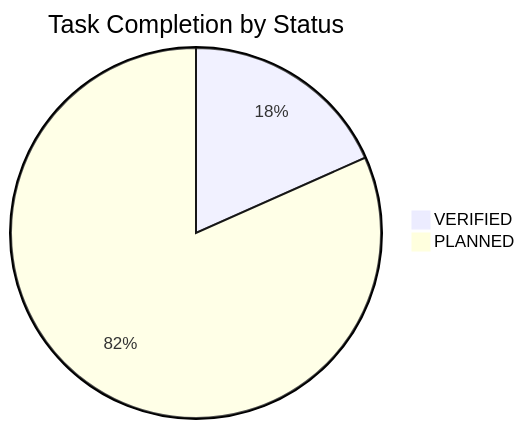
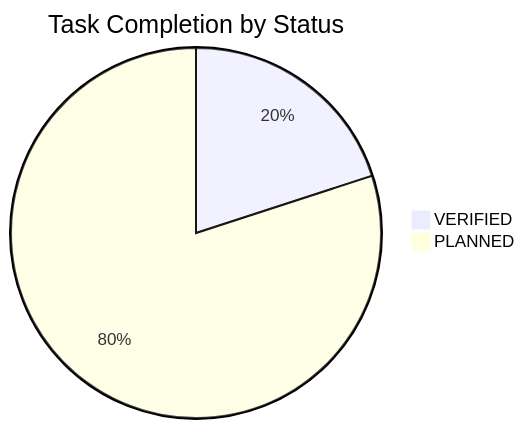
Before and after one commit to NguyenTriBaoThang/ClearWayAI: the diagram in docs/TASK_BOARD.md, drawn with Mermaid. The commit also changed other lines of this file and 10 other files, not shown here.

````diff
--- a/docs/TASK_BOARD.md
+++ b/docs/TASK_BOARD.md
@@ -16,5 +16,5 @@
 ```mermaid
 pie title Task Completion by Status
-    "VERIFIED" : 11
-    "PLANNED" : 49
+    "VERIFIED" : 12
+    "PLANNED" : 48
 ```
````
